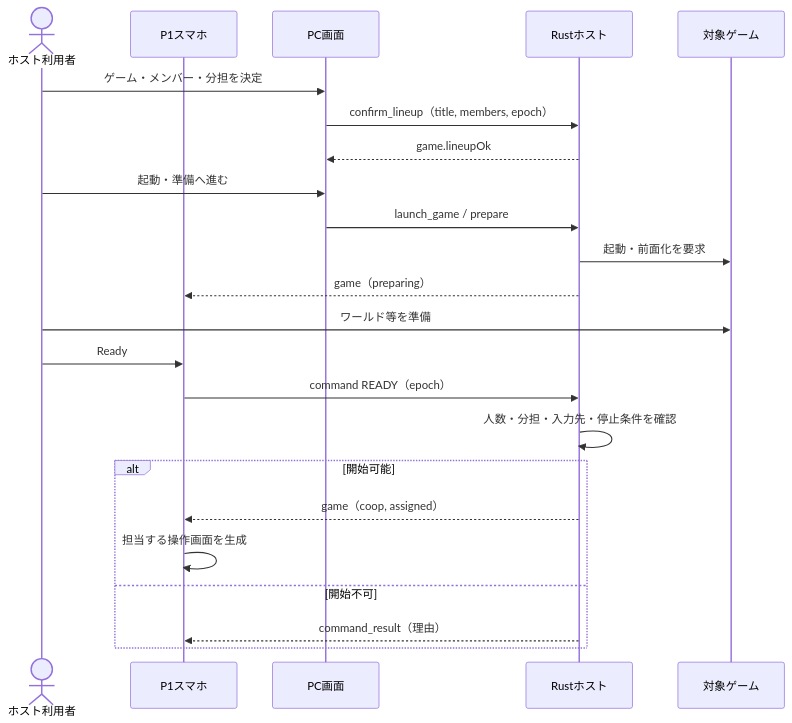
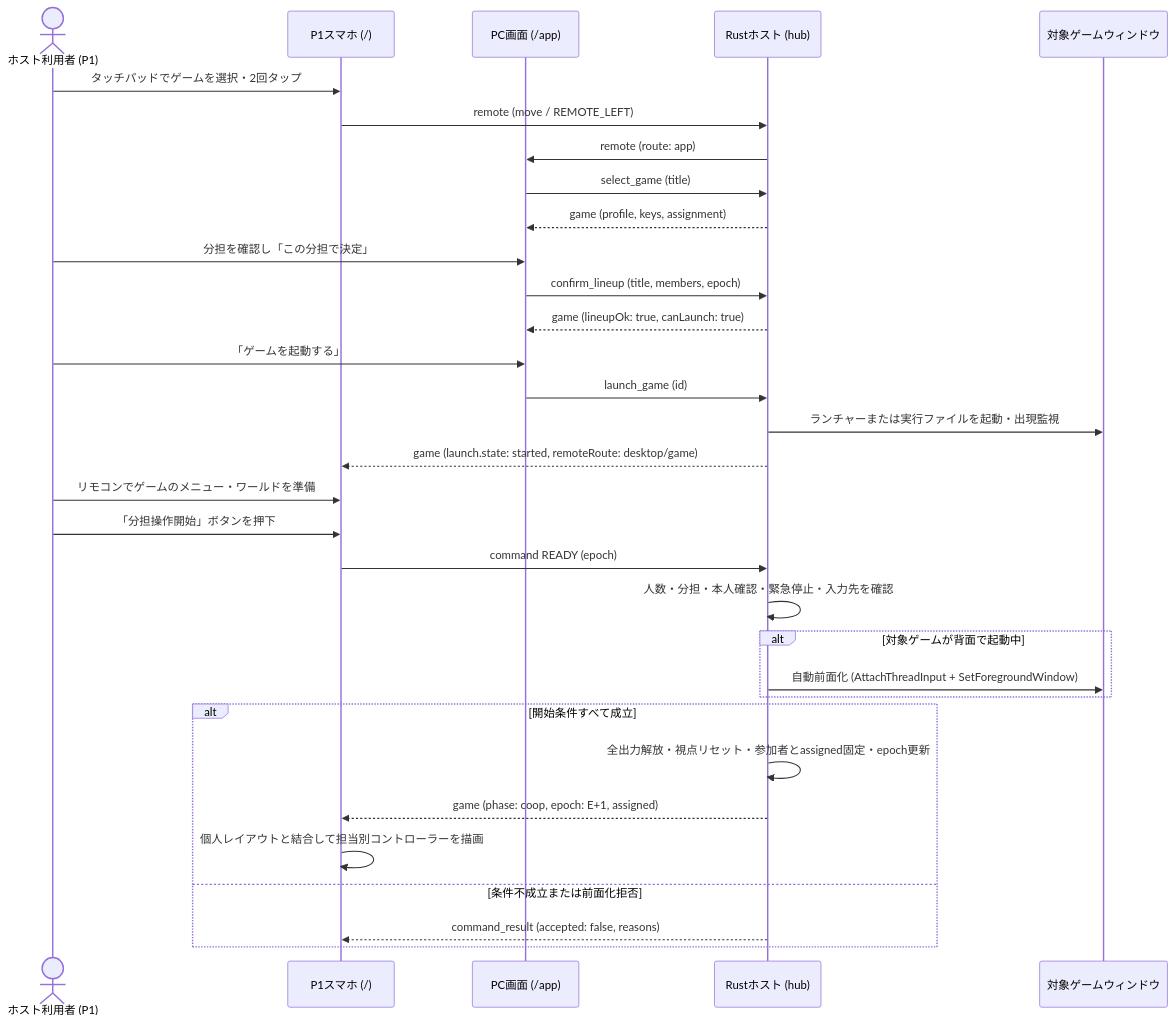
One commit to jphacks/kz_2613 changed the third of 4 diagrams in docs/frontend-specification.md. Above: the diagram before and after it, drawn with Mermaid. The commit also changed other lines of this file and 10 other files, not shown here.

````diff
--- a/docs/frontend-specification.md
+++ b/docs/frontend-specification.md
@@ -150,25 +216,38 @@
 ```mermaid
 sequenceDiagram
-    actor User as ホスト利用者
-    participant Mobile as P1スマホ
-    participant PC as PC画面
-    participant Hub as Rustホスト
-    participant Game as 対象ゲーム
-    User->>PC: ゲーム・メンバー・分担を決定
-    PC->>Hub: confirm_lineup（title, members, epoch）
-    Hub-->>PC: game.lineupOk
-    User->>PC: 起動・準備へ進む
-    PC->>Hub: launch_game / prepare
-    Hub->>Game: 起動・前面化を要求
-    Hub-->>Mobile: game（preparing）
-    User->>Game: ワールド等を準備
-    User->>Mobile: Ready
-    Mobile->>Hub: command READY（epoch）
-    Hub->>Hub: 人数・分担・入力先・停止条件を確認
-    alt 開始可能
-        Hub-->>Mobile: game（coop, assigned）
-        Mobile->>Mobile: 担当する操作画面を生成
-    else 開始不可
-        Hub-->>Mobile: command_result（理由）
+    actor Host as ホスト利用者 (P1)
+    participant Phone as P1スマホ (/)
+    participant PC as PC画面 (/app)
+    participant Hub as Rustホスト (hub)
+    participant Game as 対象ゲームウィンドウ
+
+    Host->>Phone: タッチパッドでゲームを選択・2回タップ
+    Phone->>Hub: remote (move / REMOTE_LEFT)
+    Hub->>PC: remote (route: app)
+    PC->>Hub: select_game (title)
+    Hub-->>PC: game (profile, keys, assignment)
+
+    Host->>PC: 分担を確認し「この分担で決定」
+    PC->>Hub: confirm_lineup (title, members, epoch)
+    Hub-->>PC: game (lineupOk: true, canLaunch: true)
+
+    Host->>PC: 「ゲームを起動する」
+    PC->>Hub: launch_game (id)
+    Hub->>Game: ランチャーまたは実行ファイルを起動・出現監視
+    Hub-->>Phone: game (launch.state: started, remoteRoute: desktop/game)
+
+    Host->>Phone: リモコンでゲームのメニュー・ワールドを準備
+    Host->>Phone: 「分担操作開始」ボタンを押下
+    Phone->>Hub: command READY (epoch)
+    Hub->>Hub: 人数・分担・本人確認・緊急停止・入力先を確認
+    alt 対象ゲームが背面で起動中
+        Hub->>Game: 自動前面化 (AttachThreadInput + SetForegroundWindow)
+    end
+    alt 開始条件すべて成立
+        Hub->>Hub: 全出力解放・視点リセット・参加者とassigned固定・epoch更新
+        Hub-->>Phone: game (phase: coop, epoch: E+1, assigned)
+        Phone->>Phone: 個人レイアウトと結合して担当別コントローラーを描画
+    else 条件不成立または前面化拒否
+        Hub-->>Phone: command_result (accepted: false, reasons)
     end
 ```
````
